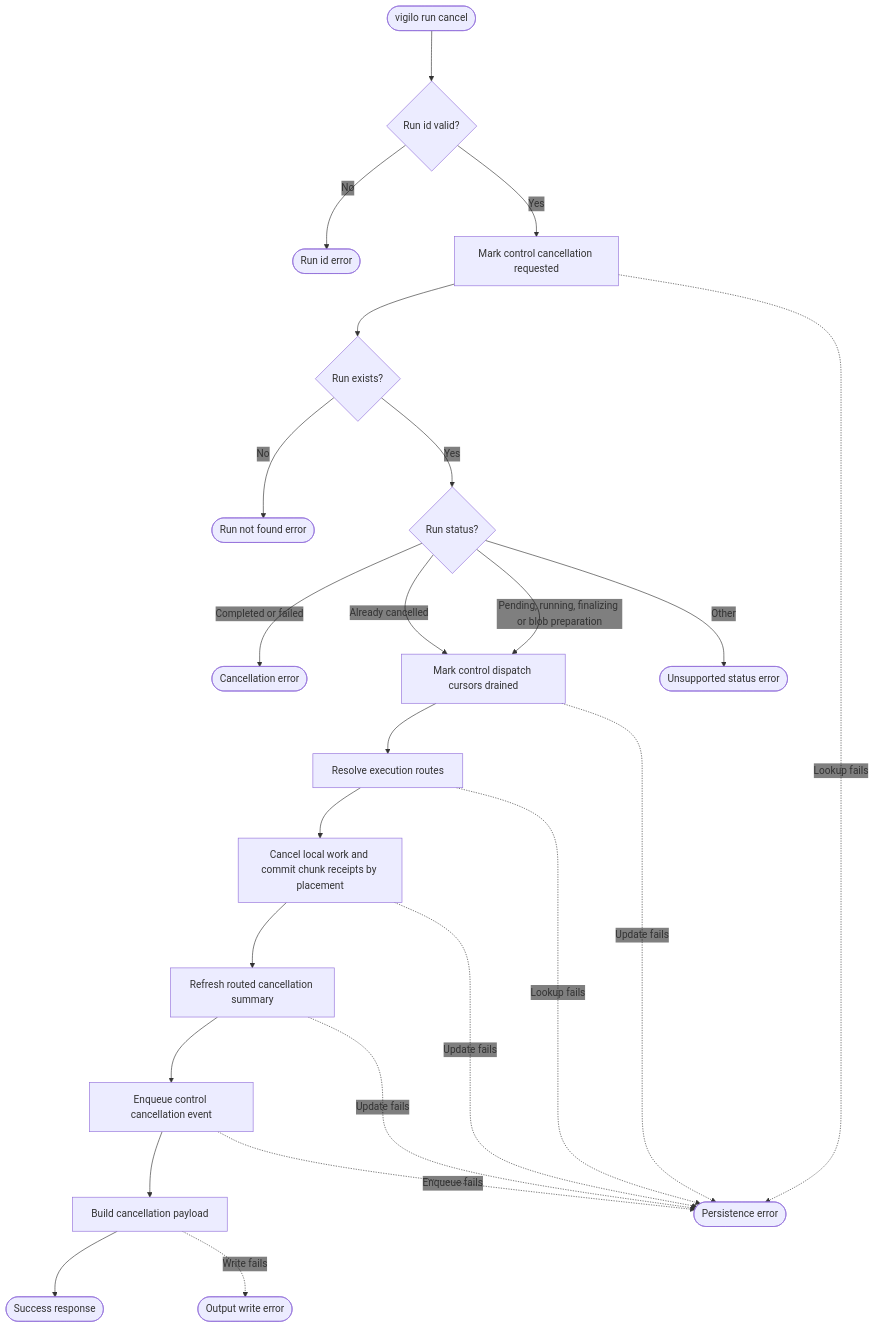
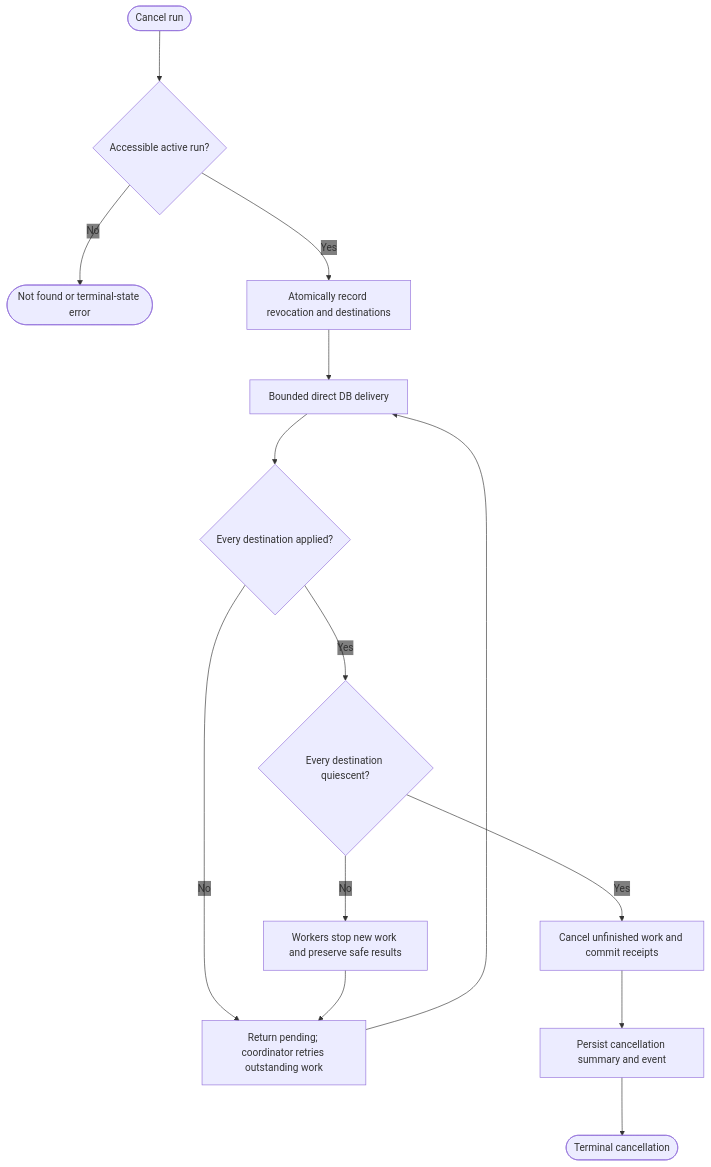
One commit to agent-vigilo/vigilo changed the diagram in web/docs/architecture/flows/run/cancel/decision-flow.mmd. Above: the diagram before and after it, drawn with Mermaid. The commit also changed 72 other files, not shown here.

First line of the commit message:
add shared run lifecycle operations and durable execution controls

```diff
--- a/web/docs/architecture/flows/run/cancel/decision-flow.mmd
+++ b/web/docs/architecture/flows/run/cancel/decision-flow.mmd
@@ -1,69 +1,22 @@
 ---
 config:
   flowchart:
     nodeSpacing: 150
     rankSpacing: 80
   themeVariables:
     edgeLabelBackground: 'transparent'
 ---
 flowchart TD
-    Start([vigilo run cancel])
-
-    RunId{Run id valid?}
-    RequestCancel[Mark control cancellation requested]
-    Found{Run exists?}
-    Status{Run status?}
-    Drain[Mark control dispatch cursors drained]
-    Routes[Resolve execution routes]
-    CancelWork[Cancel local work and commit chunk receipts by placement]
-    Summary[Refresh routed cancellation summary]
-    Event[Enqueue control cancellation event]
-    Payload[Build cancellation payload]
-
-    Success([Success response])
-
-    RunIdFail([Run id error])
-    NotFoundFail([Run not found error])
-    TerminalFail([Cancellation error])
-    UnsupportedFail([Unsupported status error])
-    PersistenceFail([Persistence error])
-    OutputFail([Output write error])
-
-    Start --> RunId
-
-    RunId -- No --> RunIdFail
-    RunId -- Yes --> RequestCancel
-
-    RequestCancel --> Found
-    RequestCancel -. Lookup fails .-> PersistenceFail
-
-    Found -- No --> NotFoundFail
-    Found -- Yes --> Status
-
-    Status -- Completed or failed --> TerminalFail
-    Status -- Already cancelled --> Drain
-    Status -- Pending, running, finalizing or blob preparation --> Drain
-    Status -- Other --> UnsupportedFail
-
-    Drain --> Routes
-    Drain -. Update fails .-> PersistenceFail
-
-    Routes --> CancelWork
-    Routes -. Lookup fails .-> PersistenceFail
-
-    CancelWork --> Summary
-    CancelWork -. Update fails .-> PersistenceFail
-
-    Summary --> Event
-    Summary -. Update fails .-> PersistenceFail
-
-    Event --> Payload
-    Event -. Enqueue fails .-> PersistenceFail
-
-    Payload --> Success
-    Payload -. Write fails .-> OutputFail
-
-    class Start command
-    class Success success
-    class RunId,RequestCancel,Found,Status,Drain,Routes,CancelWork,Summary,Event,Payload system
-    class RunIdFail,NotFoundFail,TerminalFail,UnsupportedFail,PersistenceFail,OutputFail error
+    Start([Cancel run]) --> Valid{Accessible active run?}
+    Valid -- No --> Error([Not found or terminal-state error])
+    Valid -- Yes --> Commit[Atomically record revocation and destinations]
+    Commit --> Deliver[Bounded direct DB delivery]
+    Deliver --> Applied{Every destination applied?}
+    Applied -- No --> Pending[Return pending; coordinator retries outstanding work]
+    Pending --> Deliver
+    Applied -- Yes --> Quiet{Every destination quiescent?}
+    Quiet -- No --> Finish[Workers stop new work and preserve safe results]
+    Finish --> Pending
+    Quiet -- Yes --> Settle[Cancel unfinished work and commit receipts]
+    Settle --> Event[Persist cancellation summary and event]
+    Event --> Done([Terminal cancellation])
```
